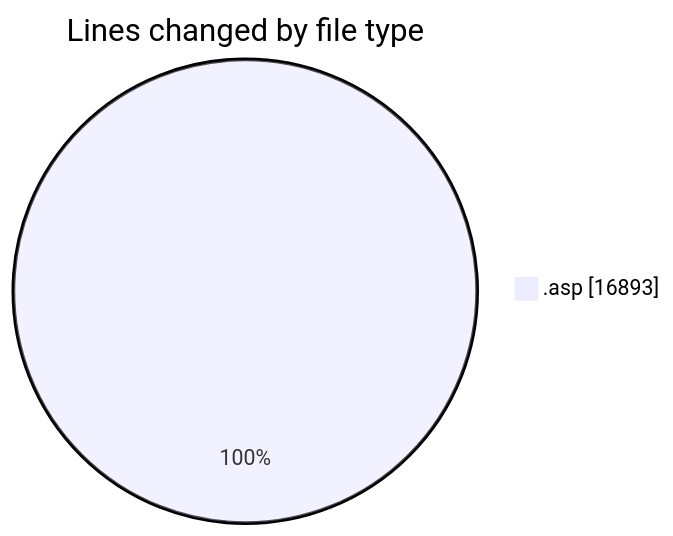
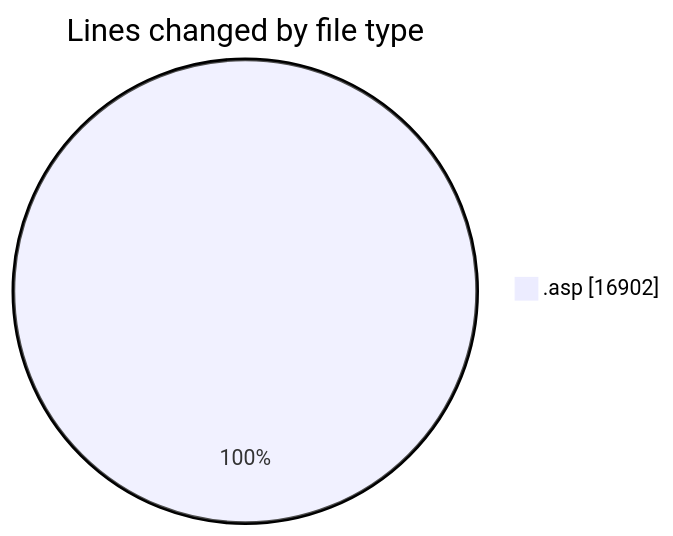
The first of 2 diagrams in 2025-11-14/cdp_aleoudev_fr__workspace_/README.md (julien-gomy/code-tracking), drawn with Mermaid before and after one commit. The commit also changed other lines of this file and 1 other file, not shown here.

````diff
--- a/2025-11-14/cdp_aleoudev_fr__workspace_/README.md
+++ b/2025-11-14/cdp_aleoudev_fr__workspace_/README.md
@@ -36,5 +36,5 @@
 ```mermaid
 pie showData
 title Lines changed by file type
-".asp" : 16893
+".asp" : 16902
 ```
````
